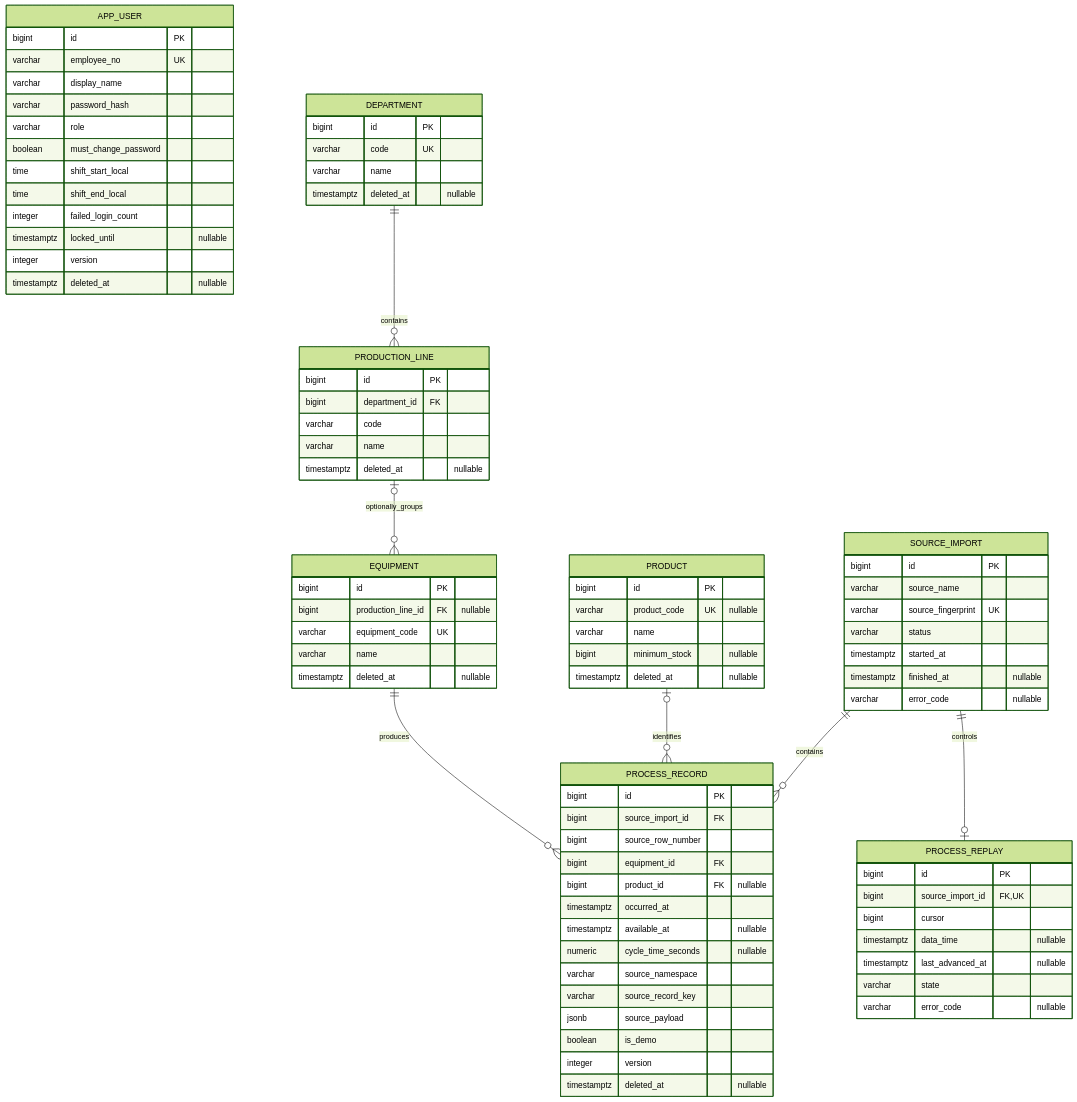
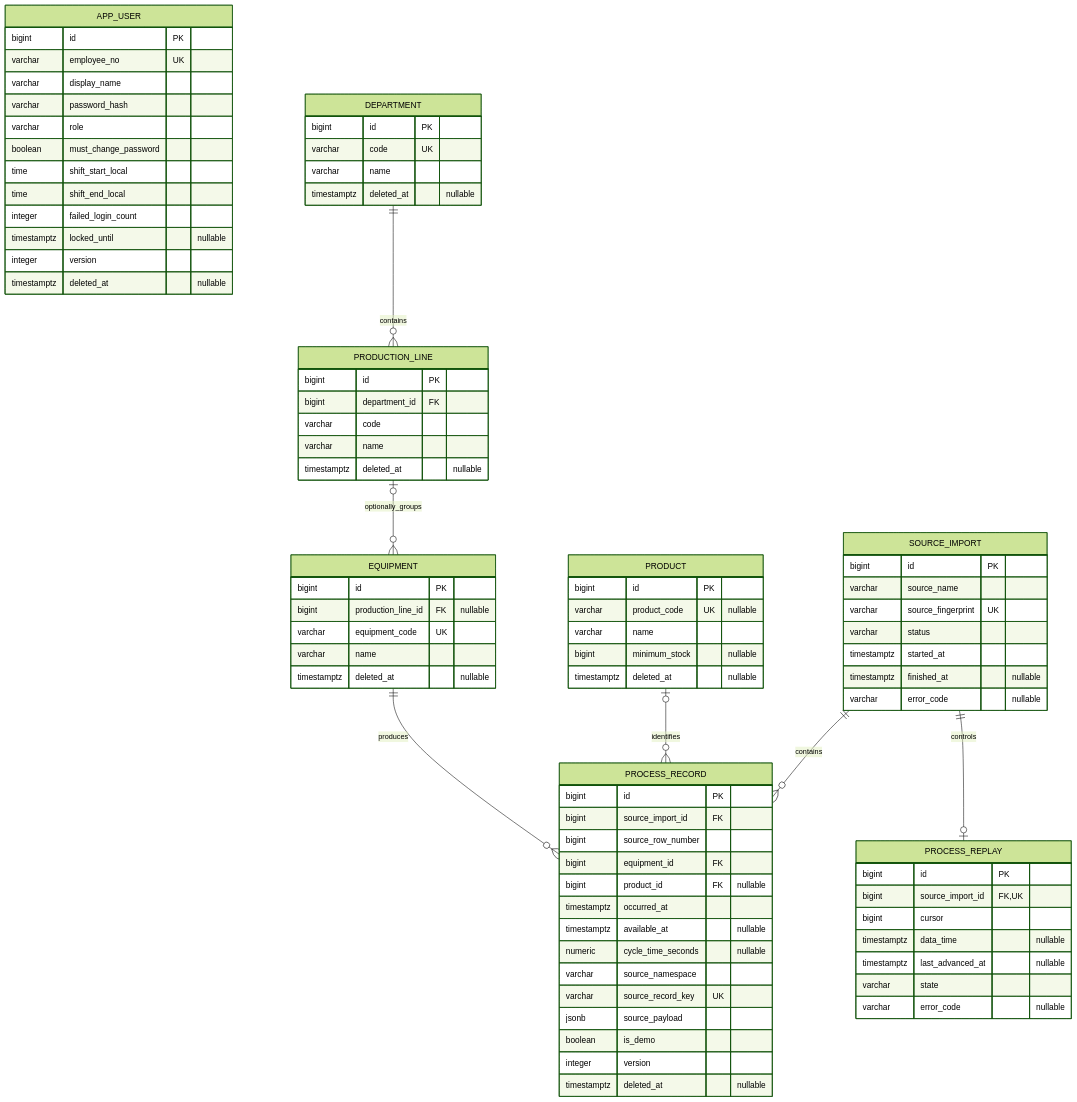
One commit to Hongssi96/sachulbanjang changed the diagram in BE/docs/ERD.md. Above: the diagram before and after it, drawn with Mermaid (forest theme). The commit also changed other lines of this file and 3 other files, not shown here.

```diff
--- a/BE/docs/ERD.md
+++ b/BE/docs/ERD.md
@@ -71,7 +71,7 @@
         timestamptz available_at "nullable"
         numeric cycle_time_seconds "nullable"
         varchar source_namespace
-        varchar source_record_key
+        varchar source_record_key UK
         jsonb source_payload
         boolean is_demo
         integer version
```
